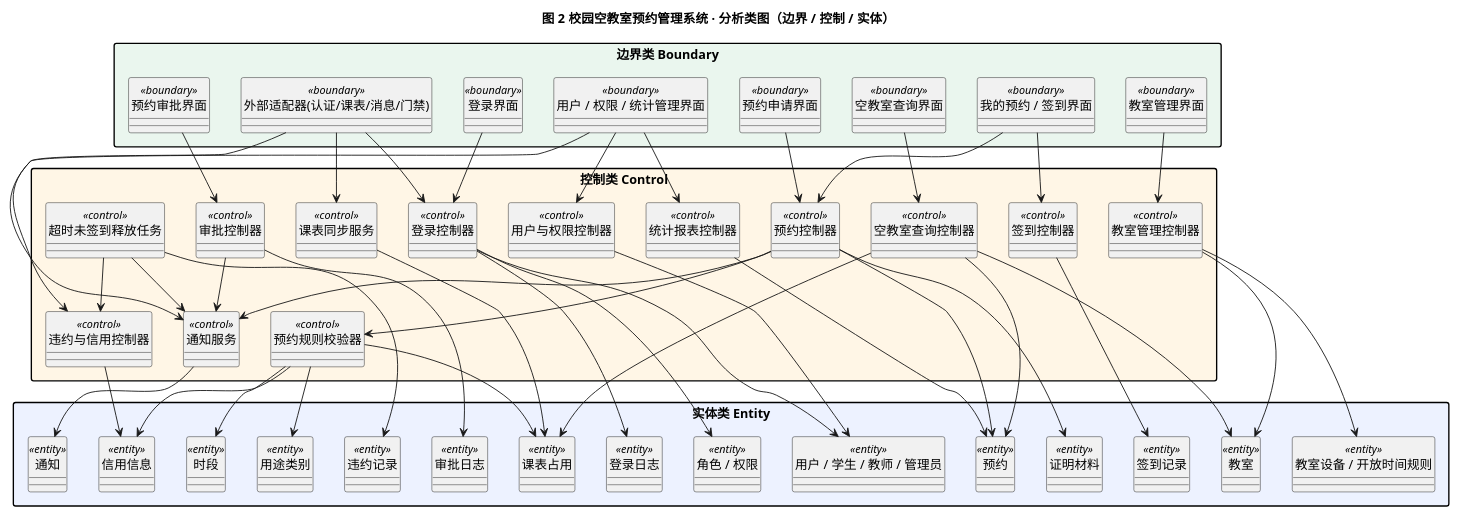
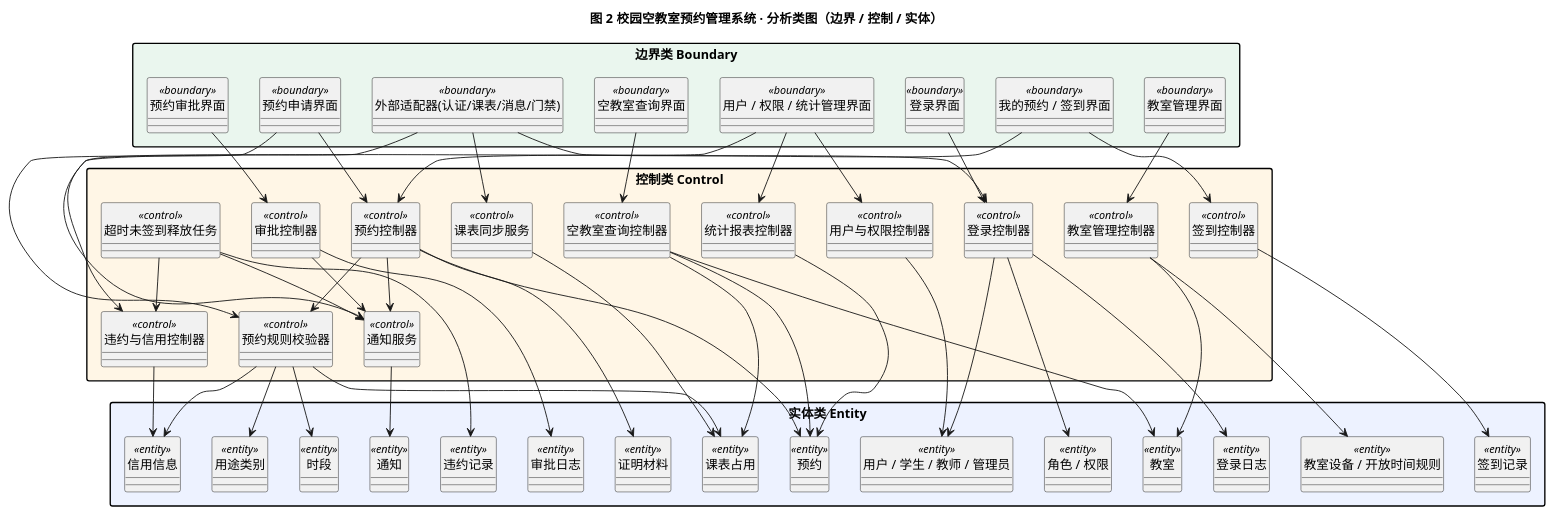
The second of 2 diagrams in class-analysis/类图分析.md (miracle-garbage/OOAD-classwork-school-empty-room), drawn with PlantUML before and after one commit. The commit also changed other lines of this file and 6 other files, not shown here.

Commit message:
doc: 分析类图理线

```diff
--- a/class-analysis/类图分析.md
+++ b/class-analysis/类图分析.md
@@ -419,6 +419,7 @@
 B_Login --> C_Login
 B_Query --> C_Query
 B_Reserve --> C_Reserve
+B_Reserve --> C_Validator
 B_MyCheckIn --> C_CheckIn
 B_MyCheckIn --> C_Reserve
 B_Approval --> C_Approval
```
